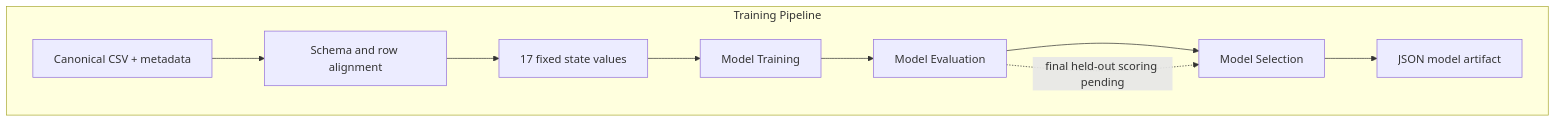
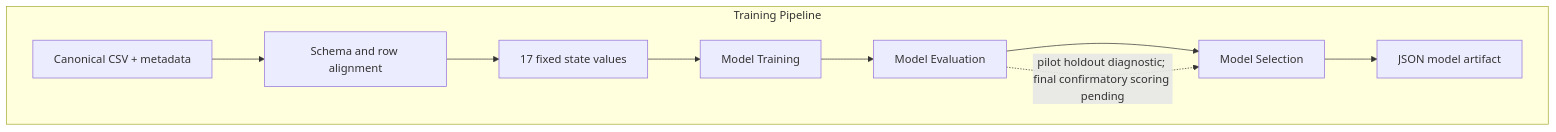
One commit to Evintkoo/2048-ml changed the first of 7 diagrams in plans/05-Model/02-Training/01-training-pipeline.md. Above: the diagram before and after it, drawn with Mermaid. The commit also changed other lines of this file and 7 other files, not shown here.

Commit message:
Retain pilot chronological holdout diagnostics

````diff
--- a/plans/05-Model/02-Training/01-training-pipeline.md
+++ b/plans/05-Model/02-Training/01-training-pipeline.md
@@ -22,21 +22,21 @@
 ```mermaid
 flowchart TD
     subgraph "Training Pipeline"
         Data[Canonical CSV + metadata]
         Validate[Schema and row alignment]
         Feature[17 fixed state values]
         Train[Model Training]
         Evaluate[Model Evaluation]
         Select[Model Selection]
         Export[JSON model artifact]
     end
 
     Data --> Validate
     Validate --> Feature
     Feature --> Train
     Train --> Evaluate
     Evaluate --> Select
     Select --> Export
 
-    Evaluate -. final held-out scoring pending .-> Select
+    Evaluate -. pilot holdout diagnostic; final confirmatory scoring pending .-> Select
 ```
````
